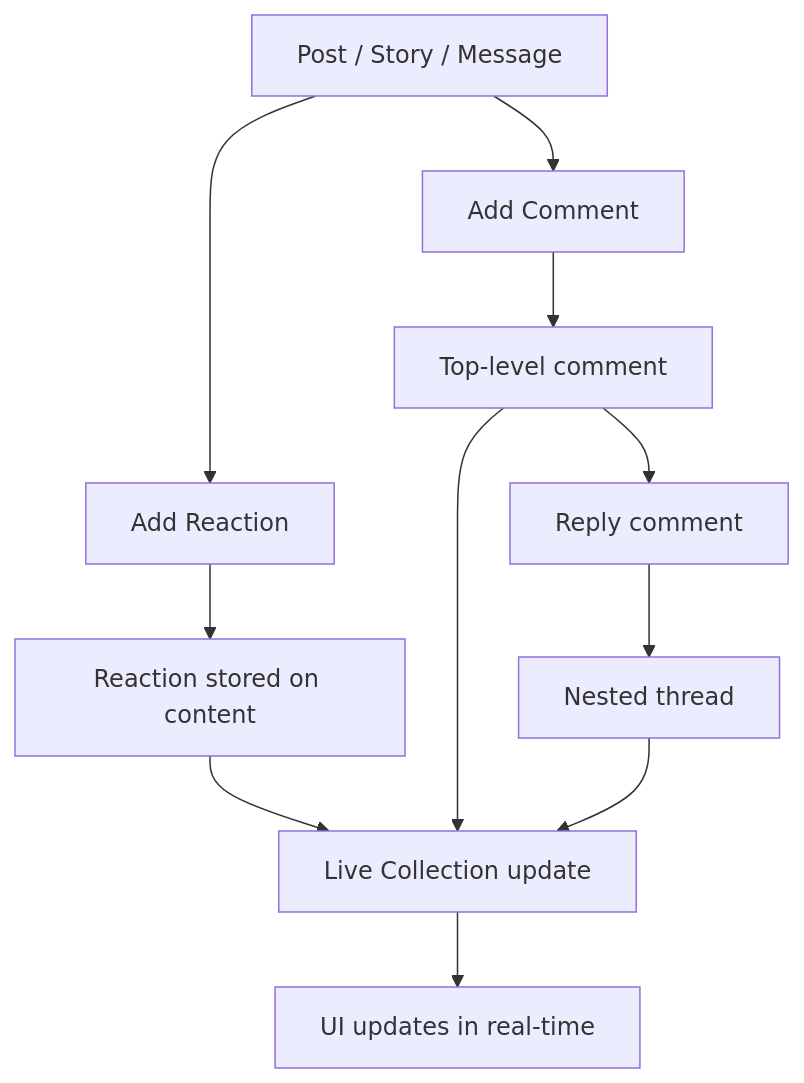
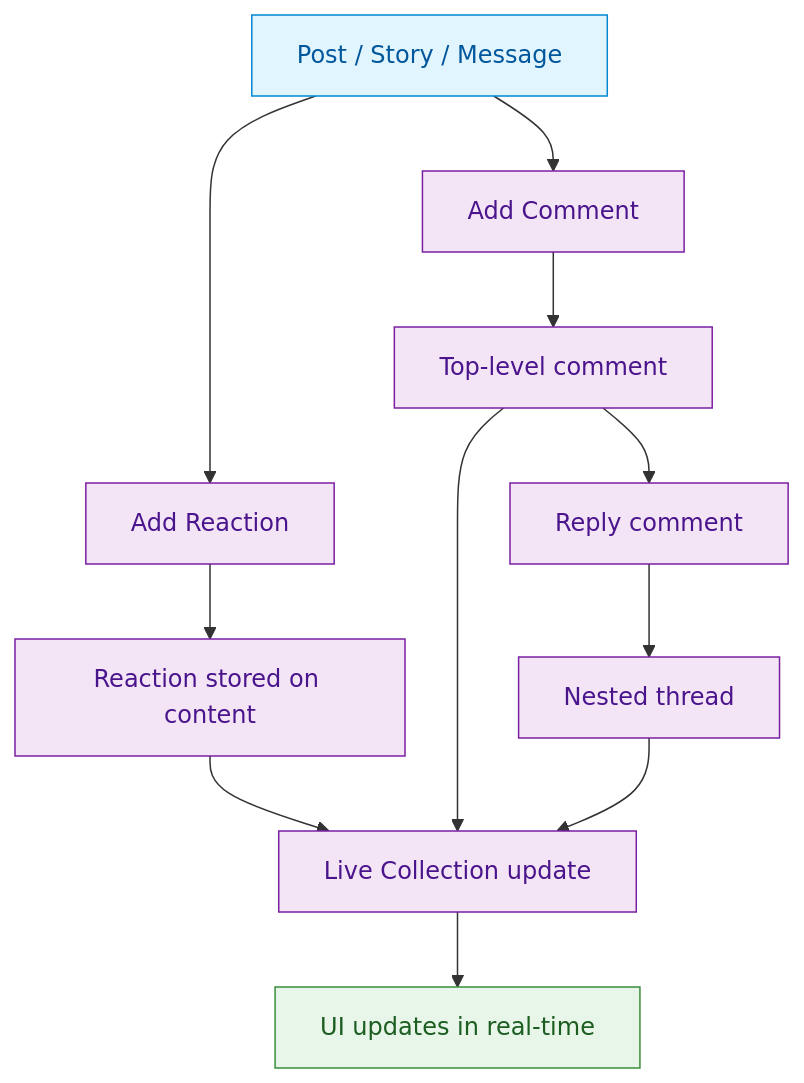
The diagram in use-cases/social/comments-and-reactions.mdx (AmityCo/social-plus-docs), drawn with Mermaid before and after one commit. The commit also changed other lines of this file and 26 other files, not shown here.

````diff
--- a/use-cases/social/comments-and-reactions.mdx
+++ b/use-cases/social/comments-and-reactions.mdx
@@ -38,11 +36,20 @@
 ```mermaid
 graph TD
     A[Post / Story / Message] --> B[Add Reaction]
     A --> C[Add Comment]
     B --> D[Reaction stored on content]
     C --> E[Top-level comment]
     E --> F[Reply comment]
     F --> G[Nested thread]
     D & E & G --> H[Live Collection update]
     H --> I[UI updates in real-time]
+
+    classDef action fill:#e1f5fe,stroke:#0288d1,color:#01579b
+    classDef decision fill:#fff8e1,stroke:#f9a825,color:#f57f17
+    classDef process fill:#f3e5f5,stroke:#7b1fa2,color:#4a148c
+    classDef outcome fill:#e8f5e9,stroke:#388e3c,color:#1b5e20
+
+    class A action
+    class B,C,D,E,F,G,H process
+    class I outcome
 ```
````
